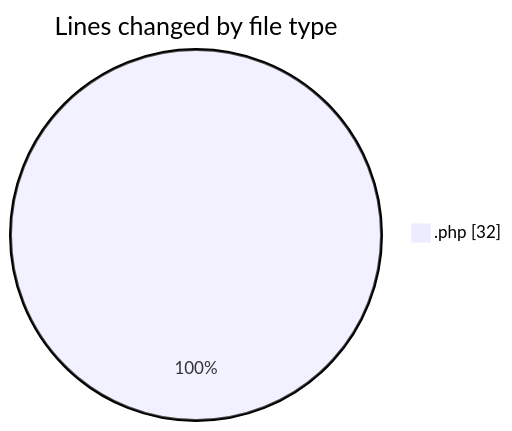
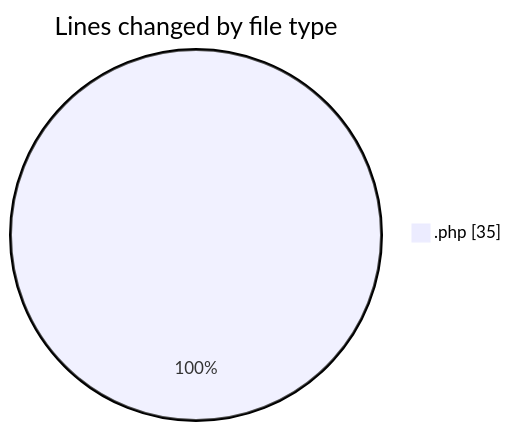
Before and after one commit to LanceThiago/code-tracking: the first of 2 diagrams in 2025-05-14/web/README.md, drawn with Mermaid. The commit also changed other lines of this file and 1 other file, not shown here.

````diff
--- a/2025-05-14/web/README.md
+++ b/2025-05-14/web/README.md
@@ -20,5 +20,5 @@
 ```mermaid
 pie showData
 title Lines changed by file type
-".php" : 32
+".php" : 35
 ```
````
